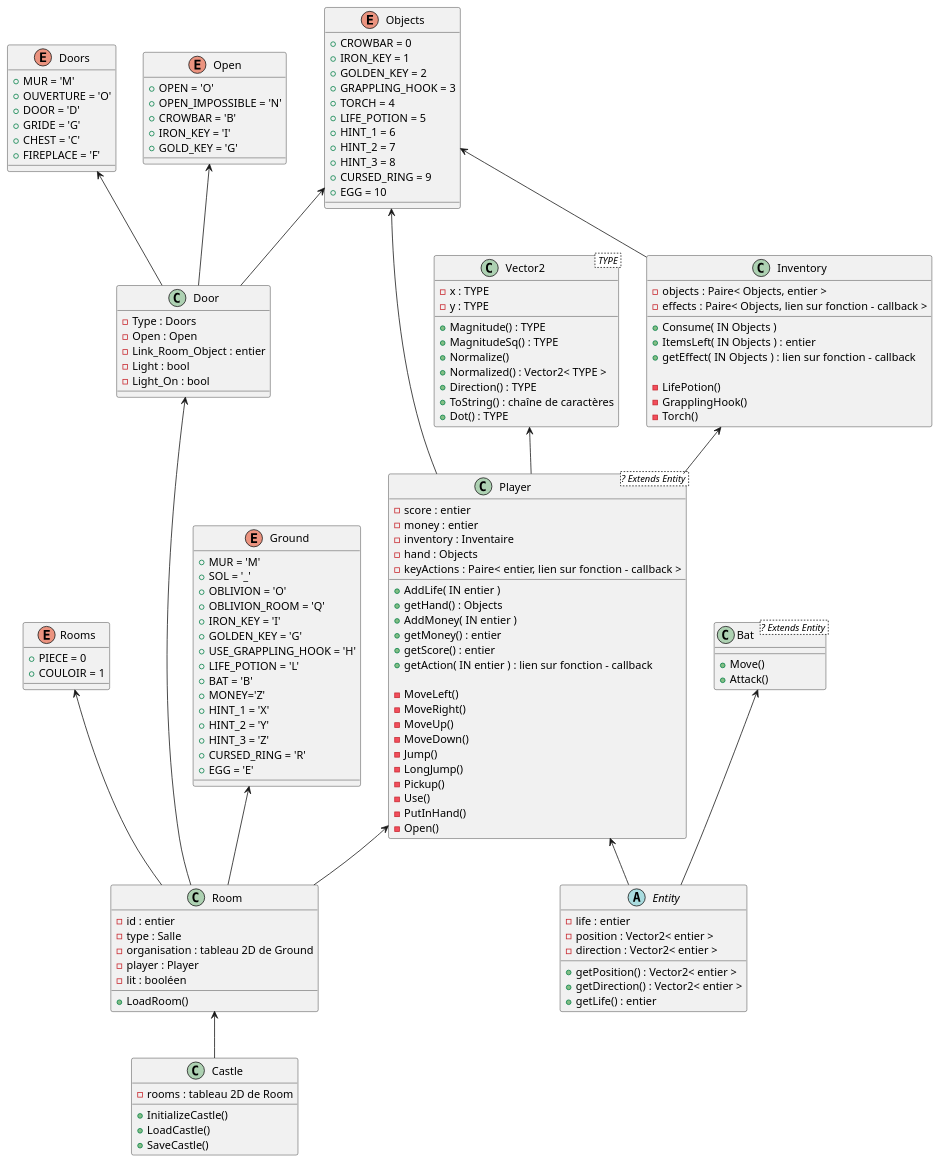
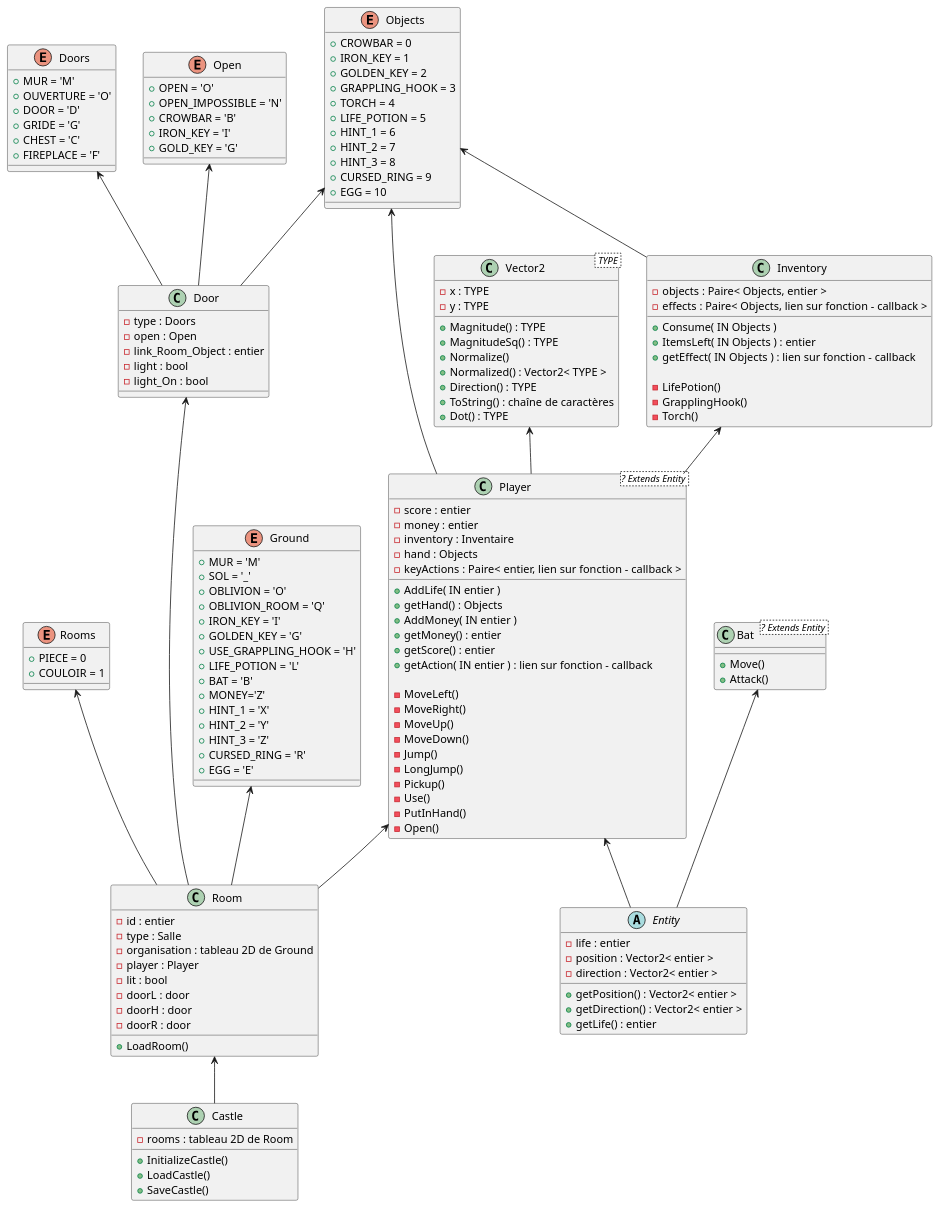
One commit to Serdok/GoldenPhoenix changed the diagram in doc/diagrams/Class.puml. Above: the diagram before and after it, drawn with PlantUML.

Commit message:
mise a jour graph class 2

```diff
--- a/doc/diagrams/Class.puml
+++ b/doc/diagrams/Class.puml
@@ -1,183 +1,187 @@
 @startuml
 
 Inventory <-- Player
 Room <-- Castle
 Objects <-- Inventory
 Vector2 <-- Player
 Rooms <-- Room
 Ground <-- Room
 Player <-- Room
 Objects <-- Player
 Player <-- Entity
 Bat <-- Entity
 Door <-- Room
 Objects <-- Door
 Doors <-- Door
 Open <-- Door 
 
 class Vector2< TYPE >
 {
     - x : TYPE
     - y : TYPE
 
     + Magnitude() : TYPE
     + MagnitudeSq() : TYPE
     + Normalize()
     + Normalized() : Vector2< TYPE >
     + Direction() : TYPE
     + ToString() : chaîne de caractères
     + Dot() : TYPE
 }
 
 class Player <? Extends Entity >
 {
     - score : entier
     - money : entier
     - inventory : Inventaire
     - hand : Objects
     - keyActions : Paire< entier, lien sur fonction - callback >
 
     + AddLife( IN entier )
     + getHand() : Objects
     + AddMoney( IN entier )
     + getMoney() : entier
     + getScore() : entier
     + getAction( IN entier ) : lien sur fonction - callback
 
     - MoveLeft()
     - MoveRight()
     - MoveUp()
     - MoveDown()
     - Jump()
     - LongJump()
     - Pickup()
     - Use()
     - PutInHand()
     - Open()
 }
 
 class Inventory
 {
     - objects : Paire< Objects, entier >
     - effects : Paire< Objects, lien sur fonction - callback >
 
     + Consume( IN Objects )
     + ItemsLeft( IN Objects ) : entier
     + getEffect( IN Objects ) : lien sur fonction - callback
 
     - LifePotion()
     - GrapplingHook()
     - Torch()
 }
 
 abstract class Entity
 {
     - life : entier
     - position : Vector2< entier >
     - direction : Vector2< entier >
 
     + getPosition() : Vector2< entier >
     + getDirection() : Vector2< entier >
     + getLife() : entier
 }
 
 class Bat <? Extends Entity >
 {
     + Move()
     + Attack()
 }
 
 enum Objects
 {
     + CROWBAR = 0
     + IRON_KEY = 1
     + GOLDEN_KEY = 2
     + GRAPPLING_HOOK = 3
     + TORCH = 4
     + LIFE_POTION = 5
     + HINT_1 = 6
     + HINT_2 = 7
     + HINT_3 = 8
     + CURSED_RING = 9
     + EGG = 10
 }
 
 class Castle
 {
     - rooms : tableau 2D de Room
 
 	+ InitializeCastle()
 	+ LoadCastle()
 	+ SaveCastle()
 }
 
 enum Rooms
 {
     + PIECE = 0
     + COULOIR = 1
 }
 
 enum Ground
 {
     + MUR = 'M'
     + SOL = '_'
 	+ OBLIVION = 'O'
 	+ OBLIVION_ROOM = 'Q' 
     + IRON_KEY = 'I'
     + GOLDEN_KEY = 'G'
     + USE_GRAPPLING_HOOK = 'H'
     + LIFE_POTION = 'L'
 	+ BAT = 'B'
 	+ MONEY='Z'
     + HINT_1 = 'X'
     + HINT_2 = 'Y'
     + HINT_3 = 'Z'
     + CURSED_RING = 'R'
     + EGG = 'E'
 }
 
 enum Doors
 {
 	+ MUR = 'M'
 	+ OUVERTURE = 'O'
 	+ DOOR = 'D'
 	+ GRIDE = 'G'
 	+ CHEST = 'C'
 	+ FIREPLACE = 'F'
 }
 
 enum Open
 {
 	+ OPEN = 'O'
 	+ OPEN_IMPOSSIBLE = 'N'
 	+ CROWBAR = 'B'
 	+ IRON_KEY = 'I'
 	+ GOLD_KEY = 'G'
 }
 
 class Door
 {
-	- Type : Doors
-	- Open : Open
-	- Link_Room_Object : entier
-	- Light : bool 
-	- Light_On : bool 
+	- type : Doors
+	- open : Open
+	- link_Room_Object : entier
+	- light : bool 
+	- light_On : bool 
 }
 
 class Room
 {
     - id : entier
     - type : Salle
     - organisation : tableau 2D de Ground
     - player : Player
-    - lit : booléen
+    - lit : bool
+	- doorL : door
+	- doorH : door
+	- doorR : door
+
 
 	+ LoadRoom()
 }
 
 
 
 
 
 
 @enduml
```
